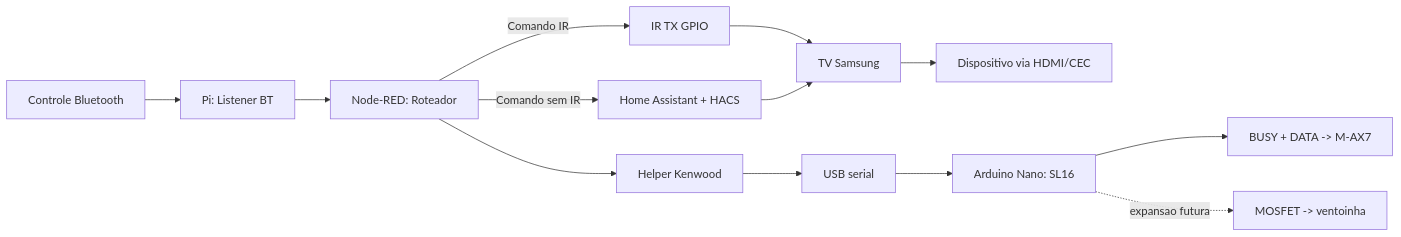
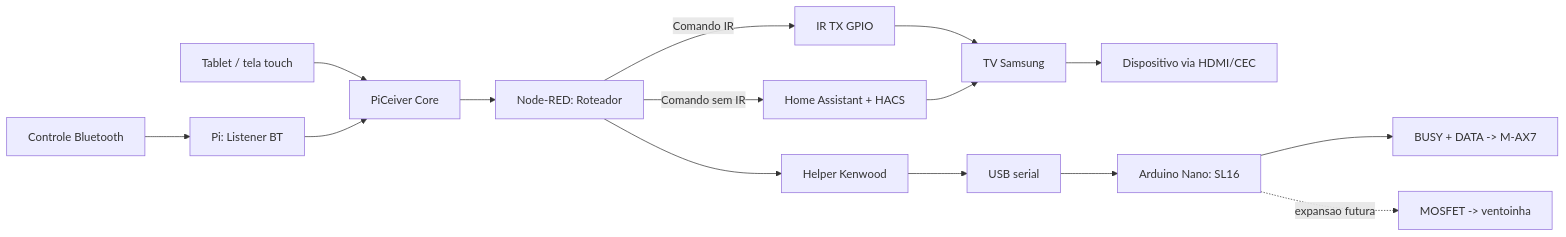
The diagram in docs/architecture/control-flows.md (Elvis-Christian/PiCeiver), drawn with Mermaid before and after one commit. The commit also changed other lines of this file and 3 other files, not shown here.

````diff
--- a/docs/architecture/control-flows.md
+++ b/docs/architecture/control-flows.md
@@ -72,15 +76,18 @@
 ```mermaid
 flowchart LR
+  UI["Tablet / tela touch"] --> CORE["PiCeiver Core"]
   RC["Controle Bluetooth"] --> PI["Pi: Listener BT"]
-  PI --> NR["Node-RED: Roteador"]
+  PI --> CORE
+  CORE --> NR
+  NR["Node-RED: Roteador"]
   NR -->|Comando IR| IR["IR TX GPIO"]
   IR --> TV["TV Samsung"]
   TV --> DEV["Dispositivo via HDMI/CEC"]
   NR -->|Comando sem IR| HA["Home Assistant + HACS"]
   HA --> TV
   NR --> KWH["Helper Kenwood"]
   KWH --> USB["USB serial"]
   USB --> NANO["Arduino Nano: SL16"]
   NANO --> AMP["BUSY + DATA -> M-AX7"]
   NANO -.->|"expansao futura"| FAN["MOSFET -> ventoinha"]
 ```
````
